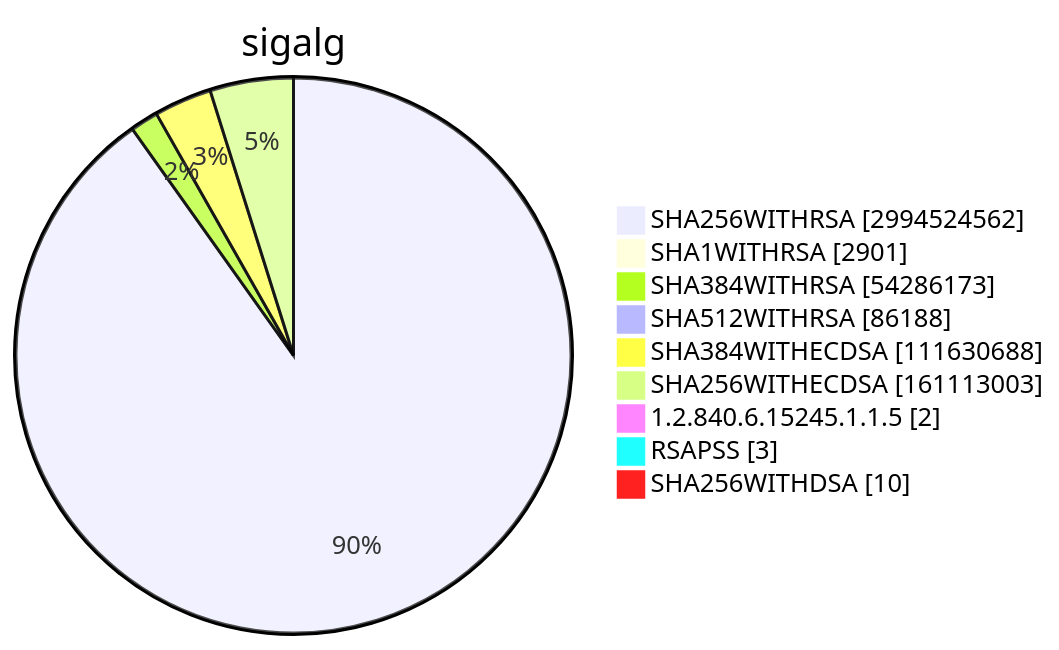
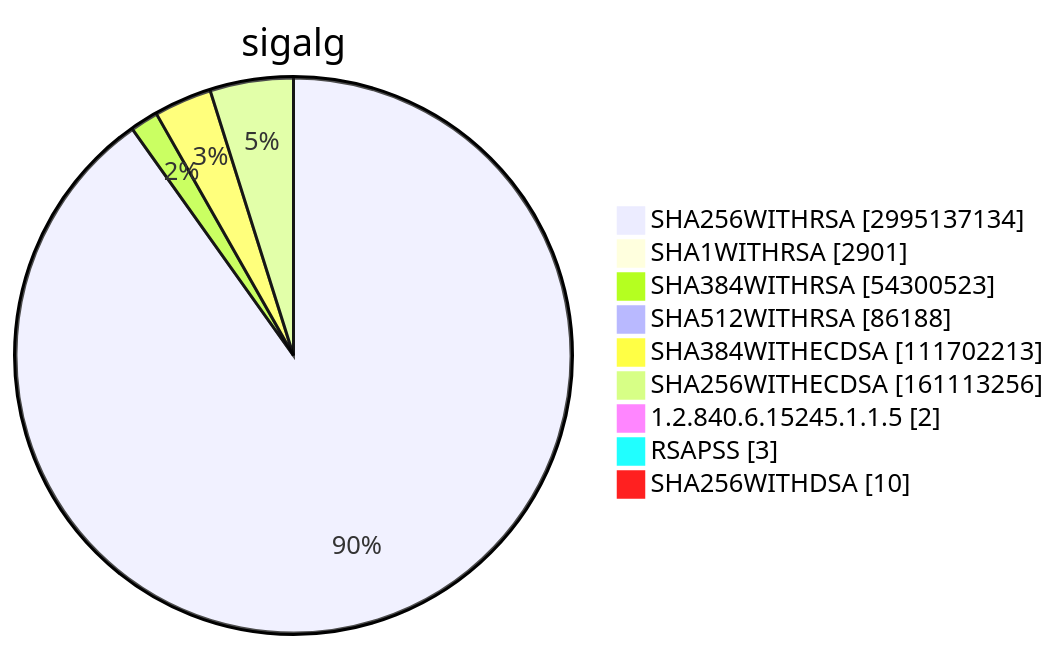
Before and after one commit to christiankrug/ctmonitor_visualization: diagram 15 of 15 in TOTAL/README.md, drawn with Mermaid. The commit also changed other lines of this file, not shown here.

````diff
--- a/TOTAL/README.md
+++ b/TOTAL/README.md
@@ -6208,13 +6208,13 @@
 ```mermaid
 pie showData
 title sigalg
-"SHA256WITHRSA" :2994524562
+"SHA256WITHRSA" :2995137134
 "SHA1WITHRSA" :2901
-"SHA384WITHRSA" :54286173
+"SHA384WITHRSA" :54300523
 "SHA512WITHRSA" :86188
-"SHA384WITHECDSA" :111630688
-"SHA256WITHECDSA" :161113003
+"SHA384WITHECDSA" :111702213
+"SHA256WITHECDSA" :161113256
 "1.2.840.6.15245.1.1.5" :2
 "RSAPSS" :3
 "SHA256WITHDSA" :10
 ```
````
